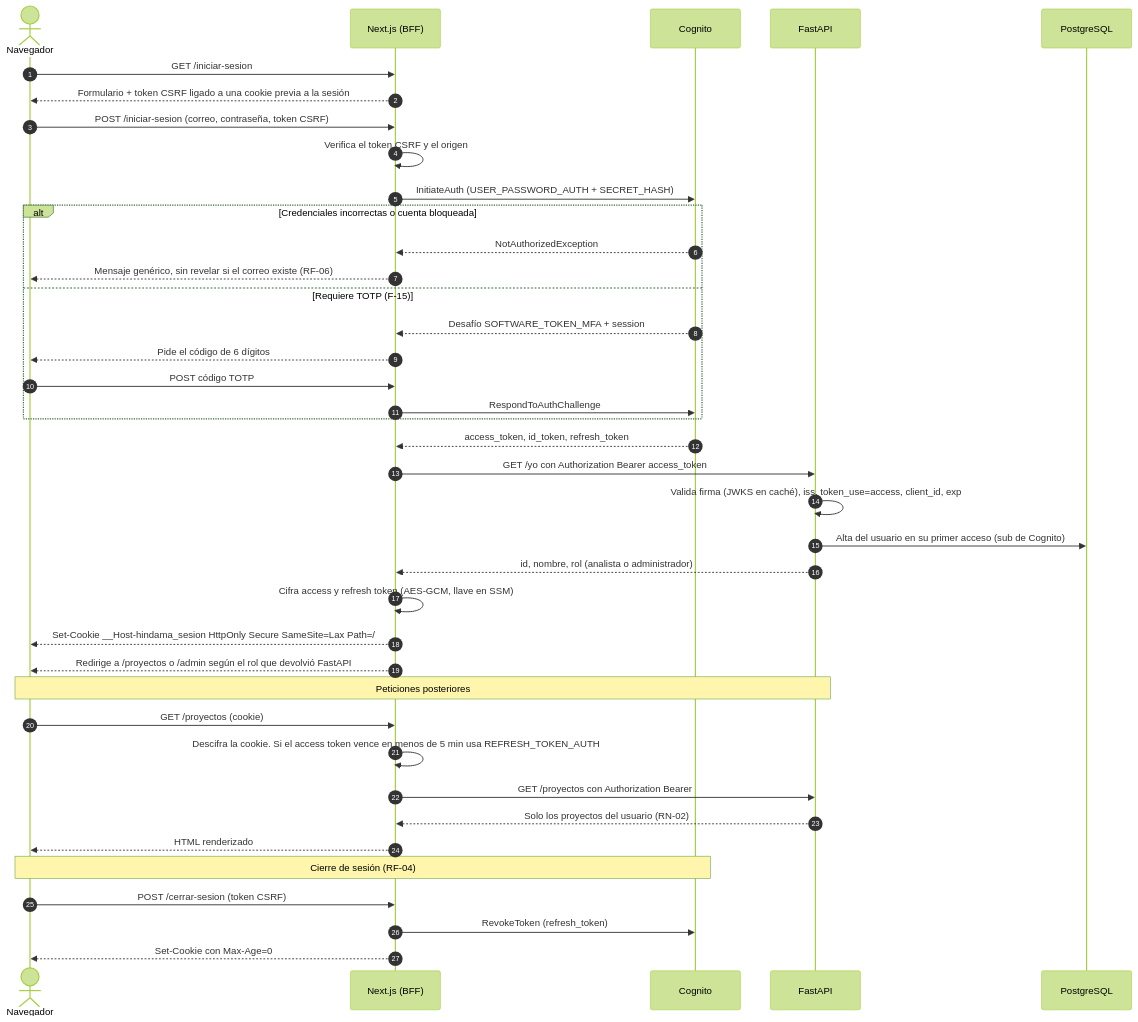
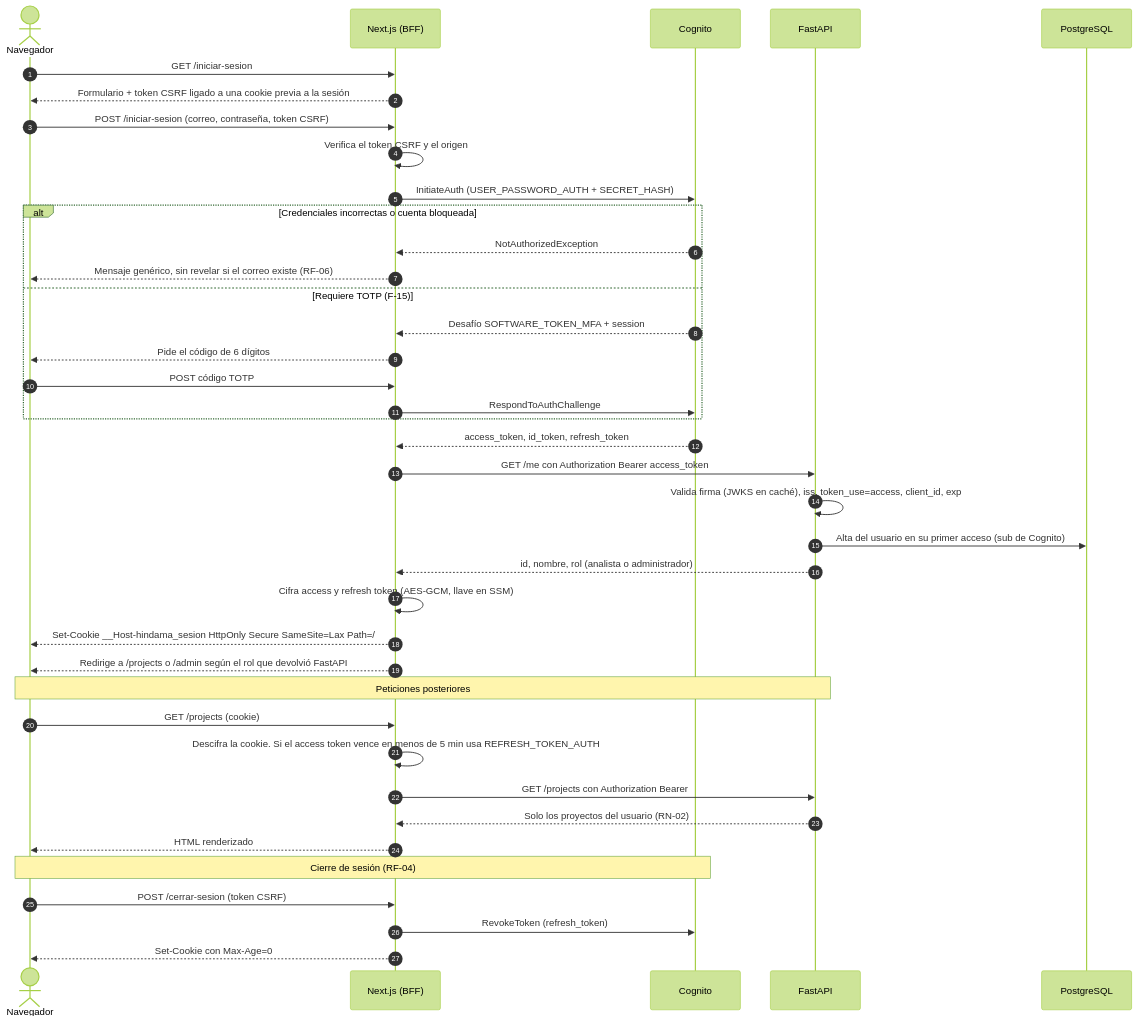
Before and after one commit to The-Tito/hindama-docs: the third of 6 diagrams in 01-arquitectura/arquitectura.md, drawn with Mermaid (forest theme). The commit also changed other lines of this file and 13 other files, not shown here.

````diff
--- a/01-arquitectura/arquitectura.md
+++ b/01-arquitectura/arquitectura.md
@@ -203,44 +209,44 @@
 ```mermaid
 sequenceDiagram
     autonumber
     actor U as Navegador
     participant N as Next.js (BFF)
     participant C as Cognito
     participant F as FastAPI
     participant DB as PostgreSQL
 
     U->>N: GET /iniciar-sesion
     N-->>U: Formulario + token CSRF ligado a una cookie previa a la sesión
     U->>N: POST /iniciar-sesion (correo, contraseña, token CSRF)
     N->>N: Verifica el token CSRF y el origen
     N->>C: InitiateAuth (USER_PASSWORD_AUTH + SECRET_HASH)
     alt Credenciales incorrectas o cuenta bloqueada
         C-->>N: NotAuthorizedException
         N-->>U: Mensaje genérico, sin revelar si el correo existe (RF-06)
     else Requiere TOTP (F-15)
         C-->>N: Desafío SOFTWARE_TOKEN_MFA + session
         N-->>U: Pide el código de 6 dígitos
         U->>N: POST código TOTP
         N->>C: RespondToAuthChallenge
     end
     C-->>N: access_token, id_token, refresh_token
-    N->>F: GET /yo con Authorization Bearer access_token
+    N->>F: GET /me con Authorization Bearer access_token
     F->>F: Valida firma (JWKS en caché), iss, token_use=access, client_id, exp
     F->>DB: Alta del usuario en su primer acceso (sub de Cognito)
     F-->>N: id, nombre, rol (analista o administrador)
     N->>N: Cifra access y refresh token (AES-GCM, llave en SSM)
     N-->>U: Set-Cookie __Host-hindama_sesion HttpOnly Secure SameSite=Lax Path=/
-    N-->>U: Redirige a /proyectos o /admin según el rol que devolvió FastAPI
+    N-->>U: Redirige a /projects o /admin según el rol que devolvió FastAPI
 
     Note over U,F: Peticiones posteriores
-    U->>N: GET /proyectos (cookie)
+    U->>N: GET /projects (cookie)
     N->>N: Descifra la cookie. Si el access token vence en menos de 5 min usa REFRESH_TOKEN_AUTH
-    N->>F: GET /proyectos con Authorization Bearer
+    N->>F: GET /projects con Authorization Bearer
     F-->>N: Solo los proyectos del usuario (RN-02)
     N-->>U: HTML renderizado
 
     Note over U,C: Cierre de sesión (RF-04)
     U->>N: POST /cerrar-sesion (token CSRF)
     N->>C: RevokeToken (refresh_token)
     N-->>U: Set-Cookie con Max-Age=0
 ```
````
